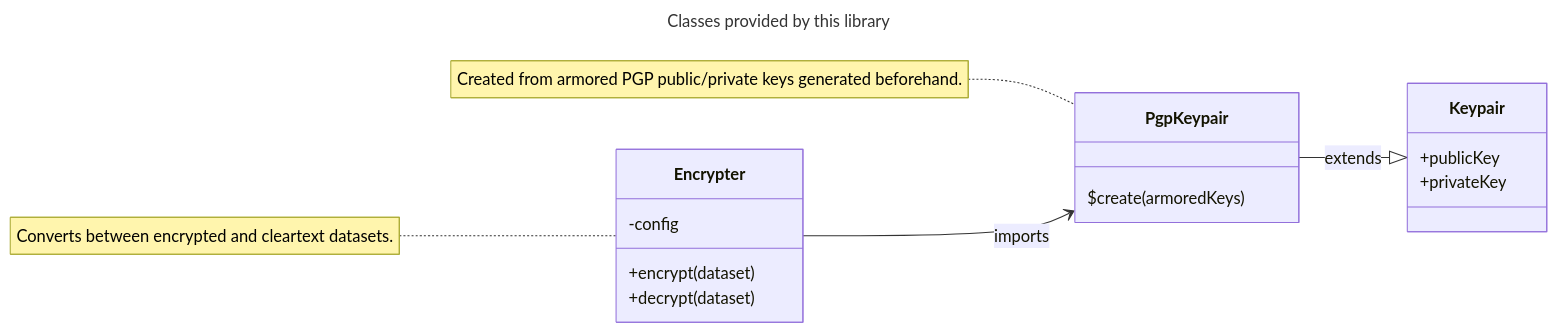
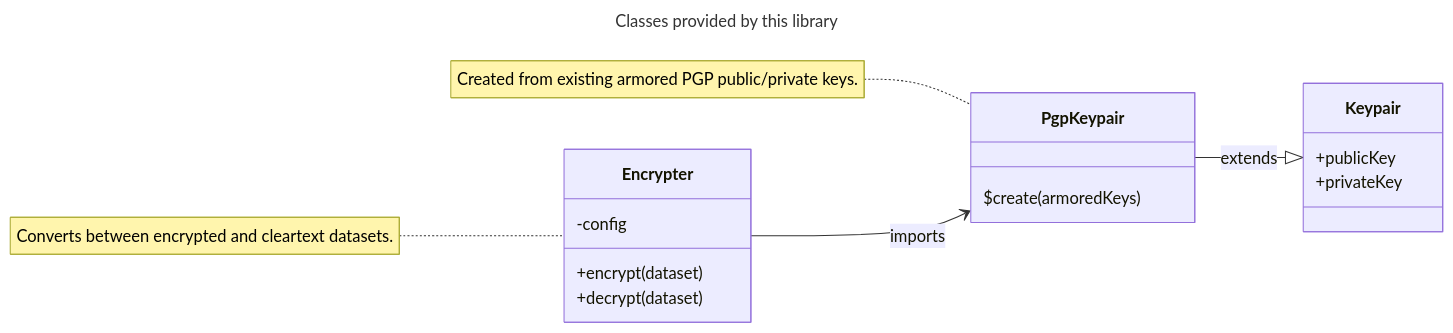
The second of 3 diagrams in README.md (doga/rdf-encryption), drawn with Mermaid before and after one commit. The commit also changed other lines of this file and 2 other files, not shown here.

````diff
--- a/README.md
+++ b/README.md
@@ -38,23 +38,23 @@
 ```mermaid
 ---
 title: Classes provided by this library
 ---
 classDiagram
   direction LR
   class Encrypter {
     -config
     +encrypt(dataset)
     +decrypt(dataset)
   }
   class PgpKeypair {
     $create(armoredKeys)
   }
   class Keypair {
     +publicKey
     +privateKey
   }
   PgpKeypair --|> Keypair: extends
   Encrypter --> PgpKeypair : imports
   note for Encrypter "Converts between encrypted and cleartext datasets."
-  note for PgpKeypair "Created from armored PGP public/private keys generated beforehand."
+  note for PgpKeypair "Created from existing armored PGP public/private keys."
 ```
````
